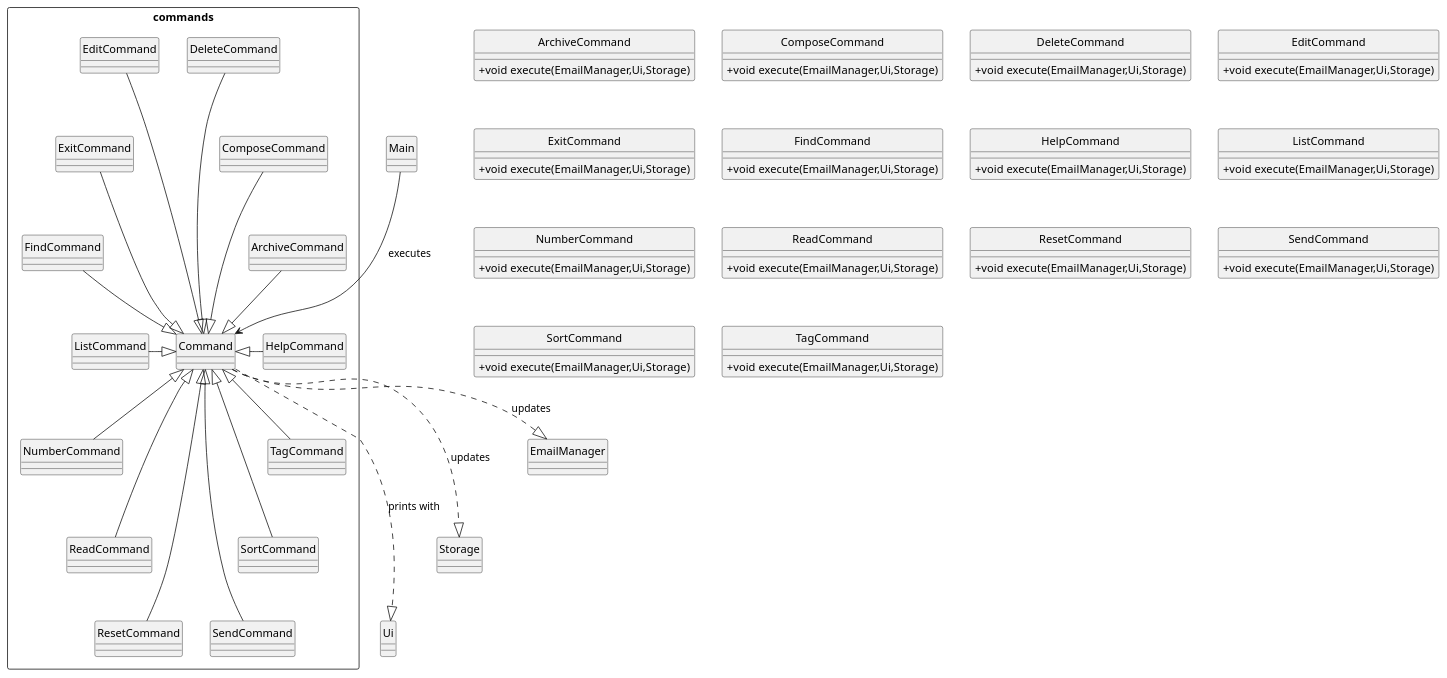
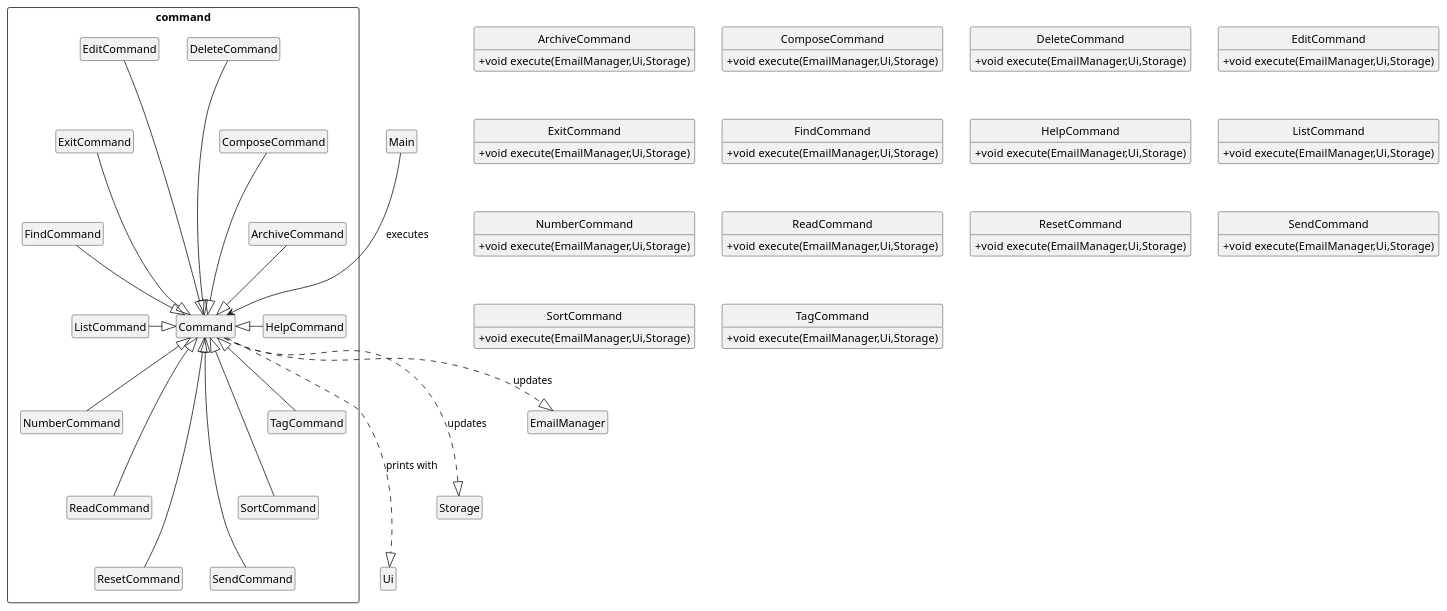
The diagram in docs/UML diagrams/CommandClassDiagram.puml (yanli1215/tp), drawn with PlantUML before and after one commit. The commit also changed 4 other files, not shown here.

```diff
--- a/docs/UML diagrams/CommandClassDiagram.puml
+++ b/docs/UML diagrams/CommandClassDiagram.puml
@@ -1,101 +1,102 @@
 @startuml
 'https://plantuml.com/class-diagram
 
 hide circle
 skinparam classAttributeIconSize 0
+hide empty members
 
-package commands <<rectangle>>{
+package command <<rectangle>>{
 class Command
 class ArchiveCommand
 class ComposeCommand
 class DeleteCommand
 class EditCommand
 class ExitCommand
 class FindCommand
 class HelpCommand
 class ListCommand
 class NumberCommand
 class ReadCommand
 class ResetCommand
 class SendCommand
 class SortCommand
 class TagCommand
 }
 
 Main ---> Command: executes
 ArchiveCommand -down-|> Command
 ComposeCommand -down--|> Command
 DeleteCommand -down---|> Command
 EditCommand -down---|> Command
 ExitCommand -down--|> Command
 FindCommand -down-|> Command
 HelpCommand -left-|> Command
 ListCommand -right-|> Command
 NumberCommand -up-|> Command
 ReadCommand -up--|> Command
 ResetCommand -up---|> Command
 SendCommand -up---|> Command
 SortCommand -up--|> Command
 TagCommand -up-|> Command
 
 Command ....|> Ui: prints with
 Command ...|> Storage: updates
 Command ..|> EmailManager: updates
 
 class ArchiveCommand{
 + void execute(EmailManager,Ui,Storage)
 }
 
 class ComposeCommand{
 + void execute(EmailManager,Ui,Storage)
 }
 
 class DeleteCommand{
 + void execute(EmailManager,Ui,Storage)
 }
 
 class EditCommand{
 + void execute(EmailManager,Ui,Storage)
 }
 
 class ExitCommand{
 + void execute(EmailManager,Ui,Storage)
 }
 
 class FindCommand{
 + void execute(EmailManager,Ui,Storage)
 }
 
 class HelpCommand{
 + void execute(EmailManager,Ui,Storage)
 }
 
 class ListCommand{
 + void execute(EmailManager,Ui,Storage)
 }
 
 class NumberCommand{
 + void execute(EmailManager,Ui,Storage)
 }
 
 class ReadCommand{
 + void execute(EmailManager,Ui,Storage)
 }
 
 class ResetCommand{
 + void execute(EmailManager,Ui,Storage)
 }
 
 class SendCommand{
 + void execute(EmailManager,Ui,Storage)
 }
 
 class SortCommand{
 + void execute(EmailManager,Ui,Storage)
 }
 
 class TagCommand{
 + void execute(EmailManager,Ui,Storage)
 }
 
 @enduml
```
